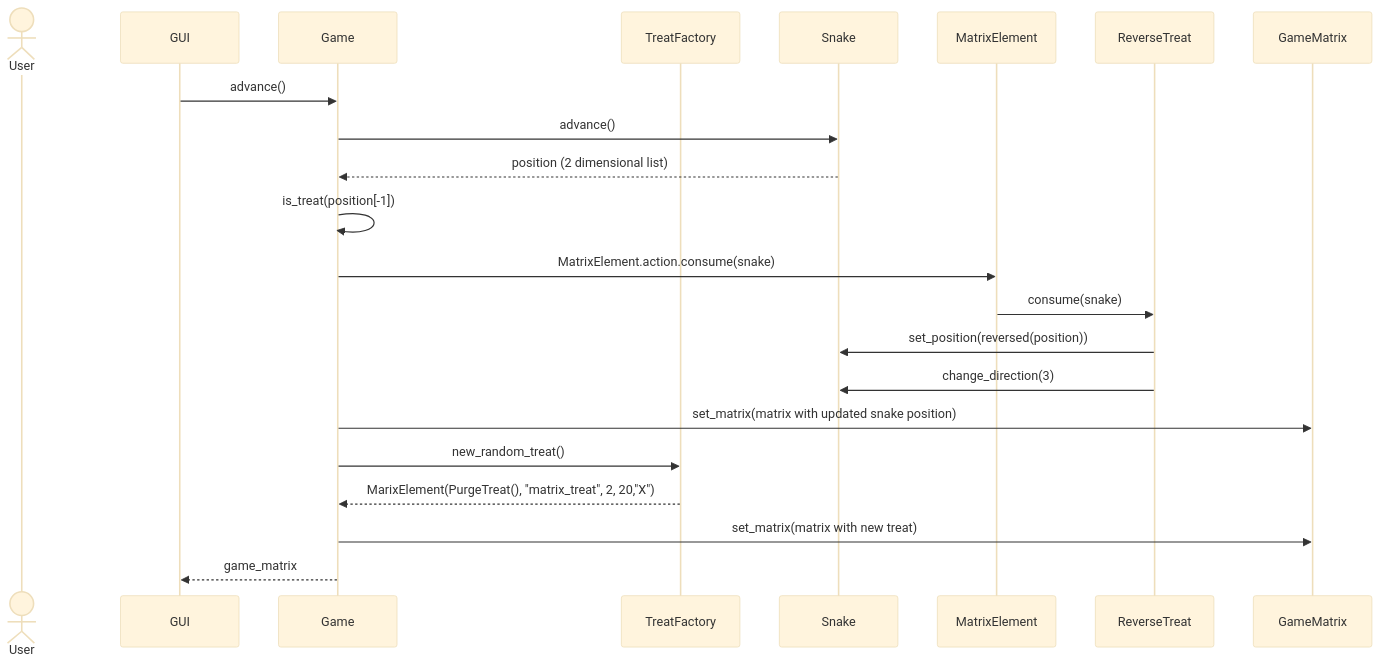
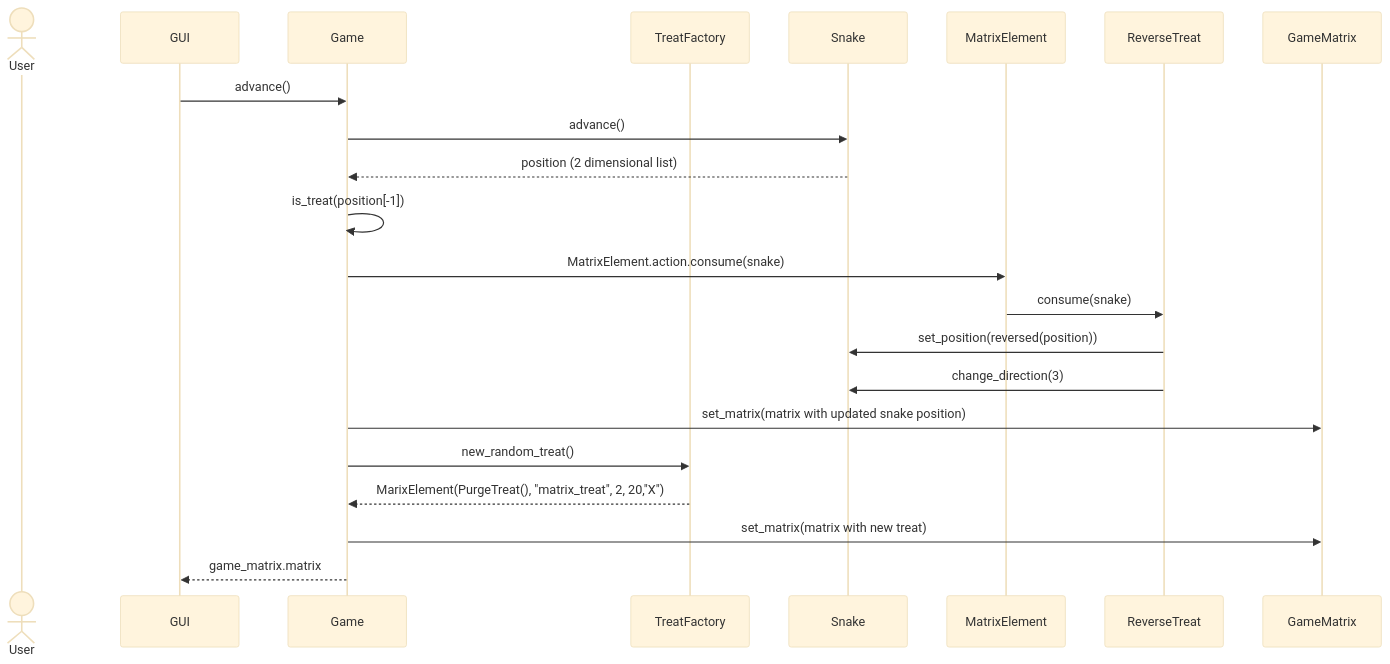
The second of 2 diagrams in dokumentaatio/arkkitehtuuri.md (SuperTLP/ot-harjoitustyo), drawn with Mermaid (base theme) before and after one commit. The commit also changed other lines of this file, not shown here.

````diff
--- a/dokumentaatio/arkkitehtuuri.md
+++ b/dokumentaatio/arkkitehtuuri.md
@@ -81,23 +81,23 @@
 ```mermaid
 sequenceDiagram
   actor User
   participant GUI
   participant Game
   participant TreatFactory
   participant Snake
   participant MatrixElement
   participant ReverseTreat
   GUI->>Game:advance()
   Game->>Snake:advance()
   Snake-->>Game:position (2 dimensional list)
   Game->>Game:is_treat(position[-1])
   Game->>MatrixElement:MatrixElement.action.consume(snake)
   MatrixElement->>ReverseTreat:consume(snake)
   ReverseTreat->>Snake:set_position(reversed(position))
   ReverseTreat->>Snake: change_direction(3)
   Game->>GameMatrix:set_matrix(matrix with updated snake position)
   Game->>TreatFactory:new_random_treat()
   TreatFactory-->>Game: MarixElement(PurgeTreat(), "matrix_treat", 2, 20,"X")
   Game->>GameMatrix:set_matrix(matrix with new treat)
-  Game-->>GUI:game_matrix 
+  Game-->>GUI:game_matrix.matrix
 ```
````
